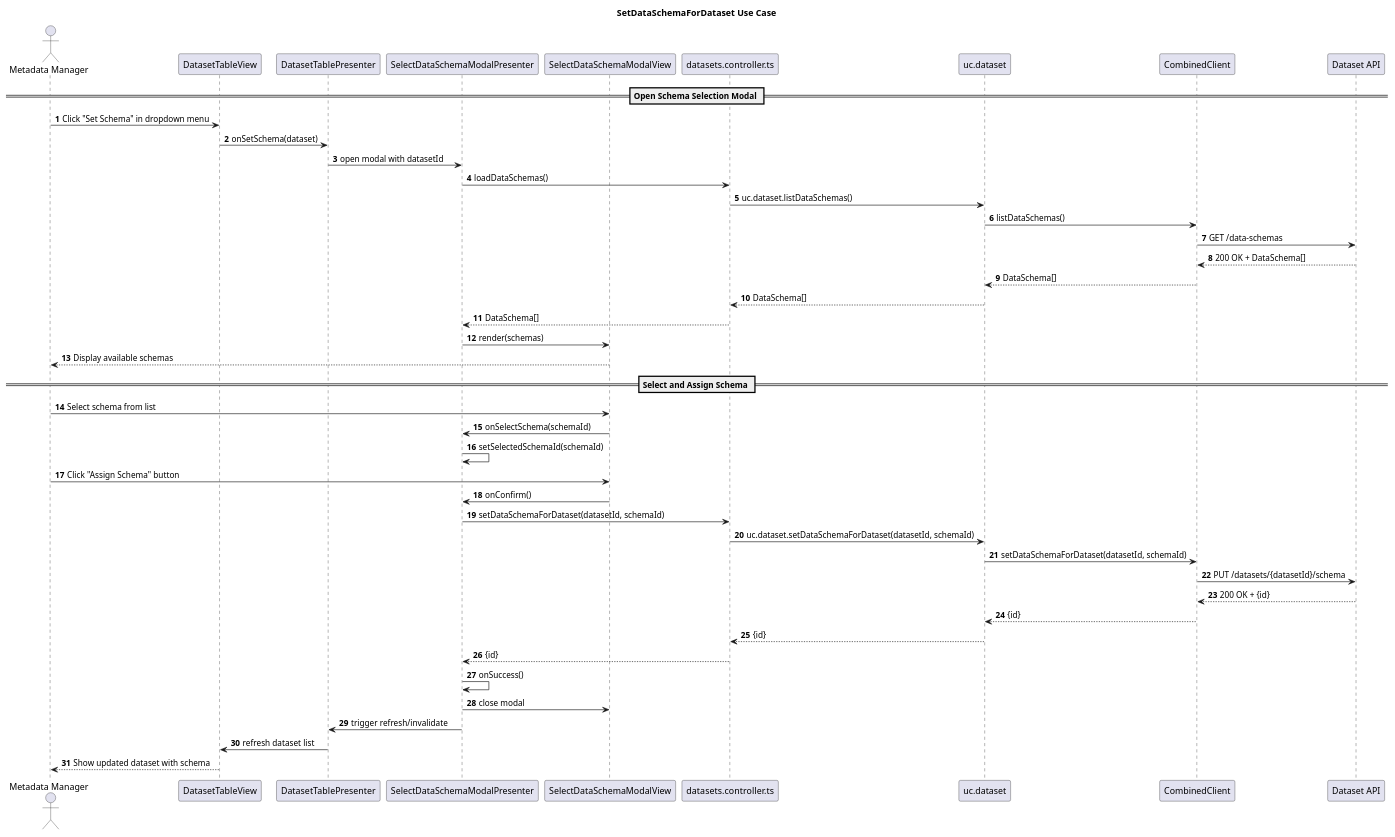
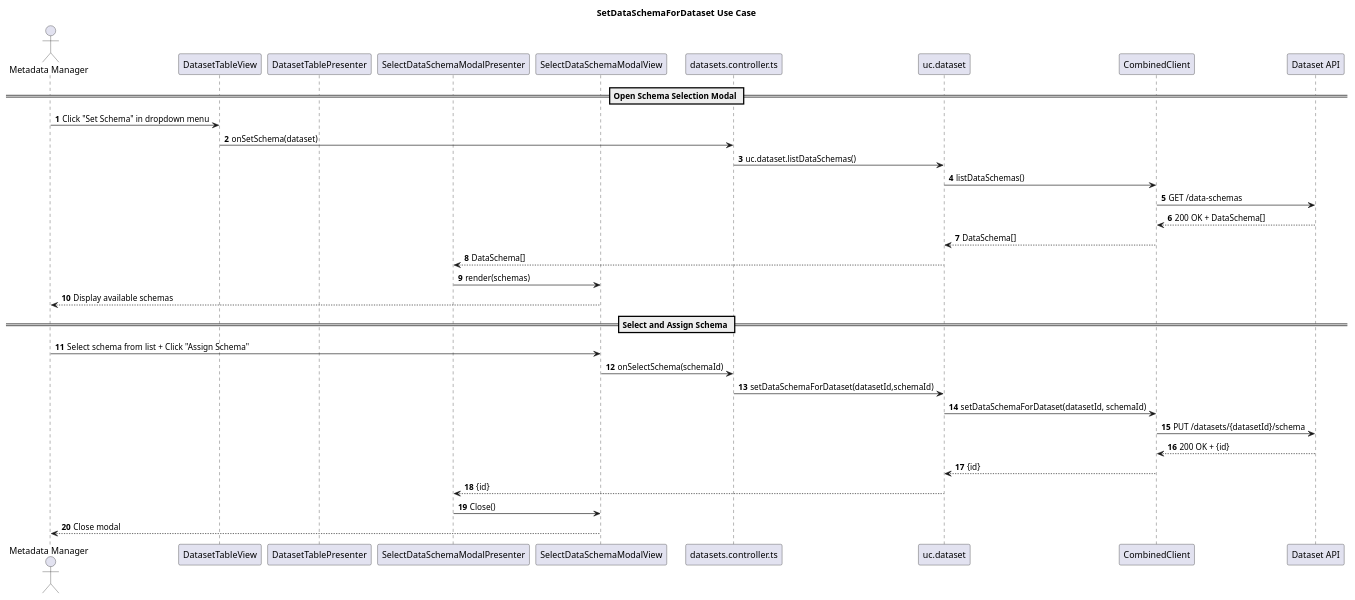
The diagram in diagrams/sequence/setDataSchema.puml (POP2025-EEPW/doorce-frontend), drawn with PlantUML before and after one commit. The commit also changed 4 other files, not shown here.

Commit message:
fix: fixed errors in diagrams related to group2

```diff
--- a/diagrams/sequence/setDataSchema.puml
+++ b/diagrams/sequence/setDataSchema.puml
@@ -1,51 +1,42 @@
 @startuml
 title SetDataSchemaForDataset Use Case
 autonumber
 
 actor "Metadata Manager" as User
 
 participant "DatasetTableView" as TableView
 participant "DatasetTablePresenter" as TablePresenter
 participant "SelectDataSchemaModalPresenter" as ModalPresenter
 participant "SelectDataSchemaModalView" as ModalView
 participant "datasets.controller.ts" as Controller
 participant "uc.dataset" as UseCase
 participant "CombinedClient" as Client
 participant "Dataset API" as API
 
 == Open Schema Selection Modal ==
 User -> TableView : Click "Set Schema" in dropdown menu
-TableView -> TablePresenter : onSetSchema(dataset)
-TablePresenter -> ModalPresenter : open modal with datasetId
-ModalPresenter -> Controller : loadDataSchemas()
+TableView -> Controller : onSetSchema(dataset)
 Controller -> UseCase : uc.dataset.listDataSchemas()
 UseCase -> Client : listDataSchemas()
 Client -> API : GET /data-schemas
 API --> Client : 200 OK + DataSchema[]
 Client --> UseCase : DataSchema[]
-UseCase --> Controller : DataSchema[]
-Controller --> ModalPresenter : DataSchema[]
+UseCase --> ModalPresenter : DataSchema[]
 ModalPresenter -> ModalView : render(schemas)
 ModalView --> User : Display available schemas
 
 == Select and Assign Schema ==
-User -> ModalView : Select schema from list
-ModalView -> ModalPresenter : onSelectSchema(schemaId)
-ModalPresenter -> ModalPresenter : setSelectedSchemaId(schemaId)
-User -> ModalView : Click "Assign Schema" button
-ModalView -> ModalPresenter : onConfirm()
-ModalPresenter -> Controller : setDataSchemaForDataset(datasetId, schemaId)
-Controller -> UseCase : uc.dataset.setDataSchemaForDataset(datasetId, schemaId)
+User -> ModalView : Select schema from list + Click "Assign Schema"
+
+ModalView -> Controller : onSelectSchema(schemaId)
+Controller -> UseCase : setDataSchemaForDataset(datasetId,schemaId)
 UseCase -> Client : setDataSchemaForDataset(datasetId, schemaId)
 Client -> API : PUT /datasets/{datasetId}/schema
 API --> Client : 200 OK + {id}
 Client --> UseCase : {id}
-UseCase --> Controller : {id}
-Controller --> ModalPresenter : {id}
-ModalPresenter -> ModalPresenter : onSuccess()
-ModalPresenter -> ModalView : close modal
-ModalPresenter -> TablePresenter : trigger refresh/invalidate
-TablePresenter -> TableView : refresh dataset list
-TableView --> User : Show updated dataset with schema
+UseCase --> ModalPresenter : {id}
+ModalPresenter -> ModalView : Close()
+ModalView --> User : Close modal
+
 
 @enduml
```
